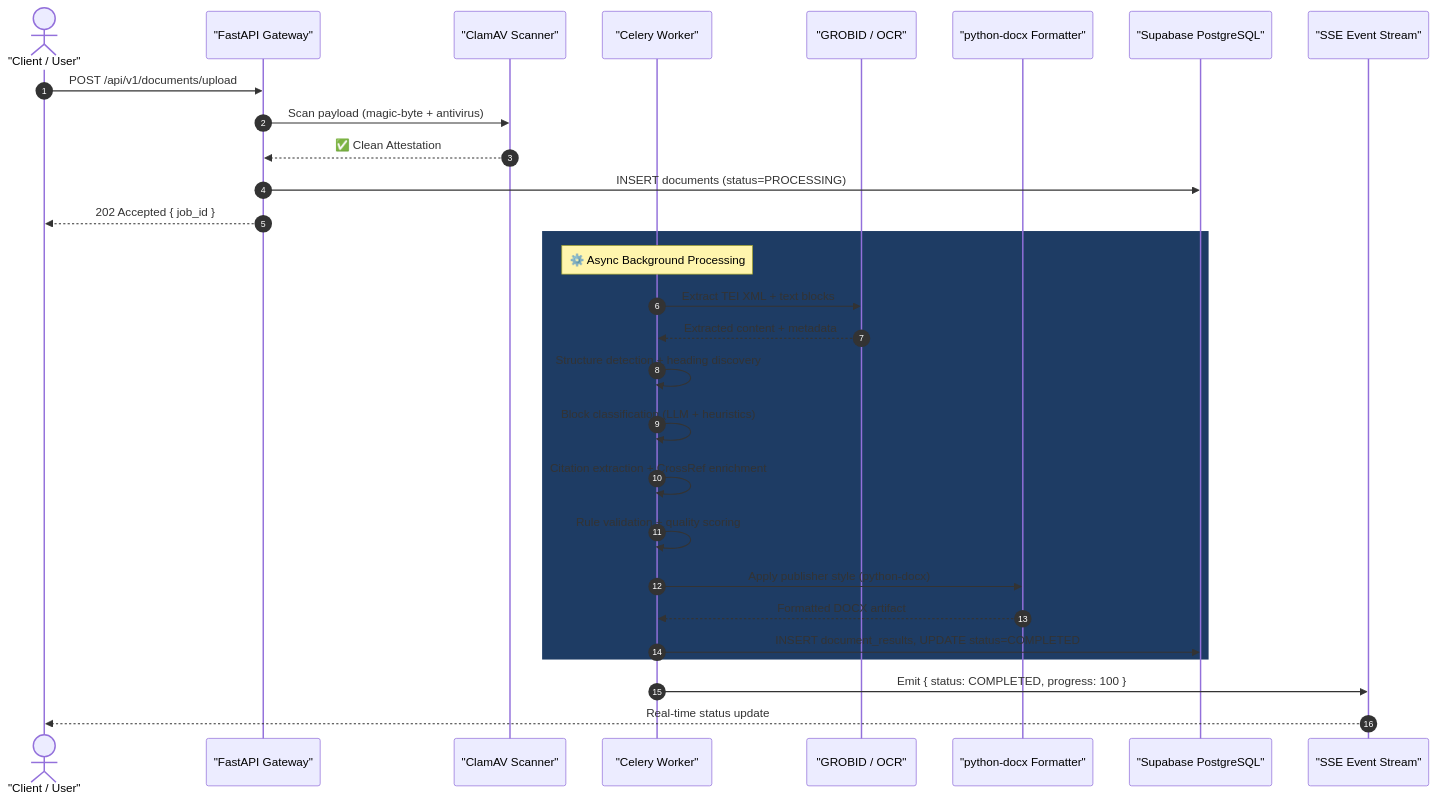
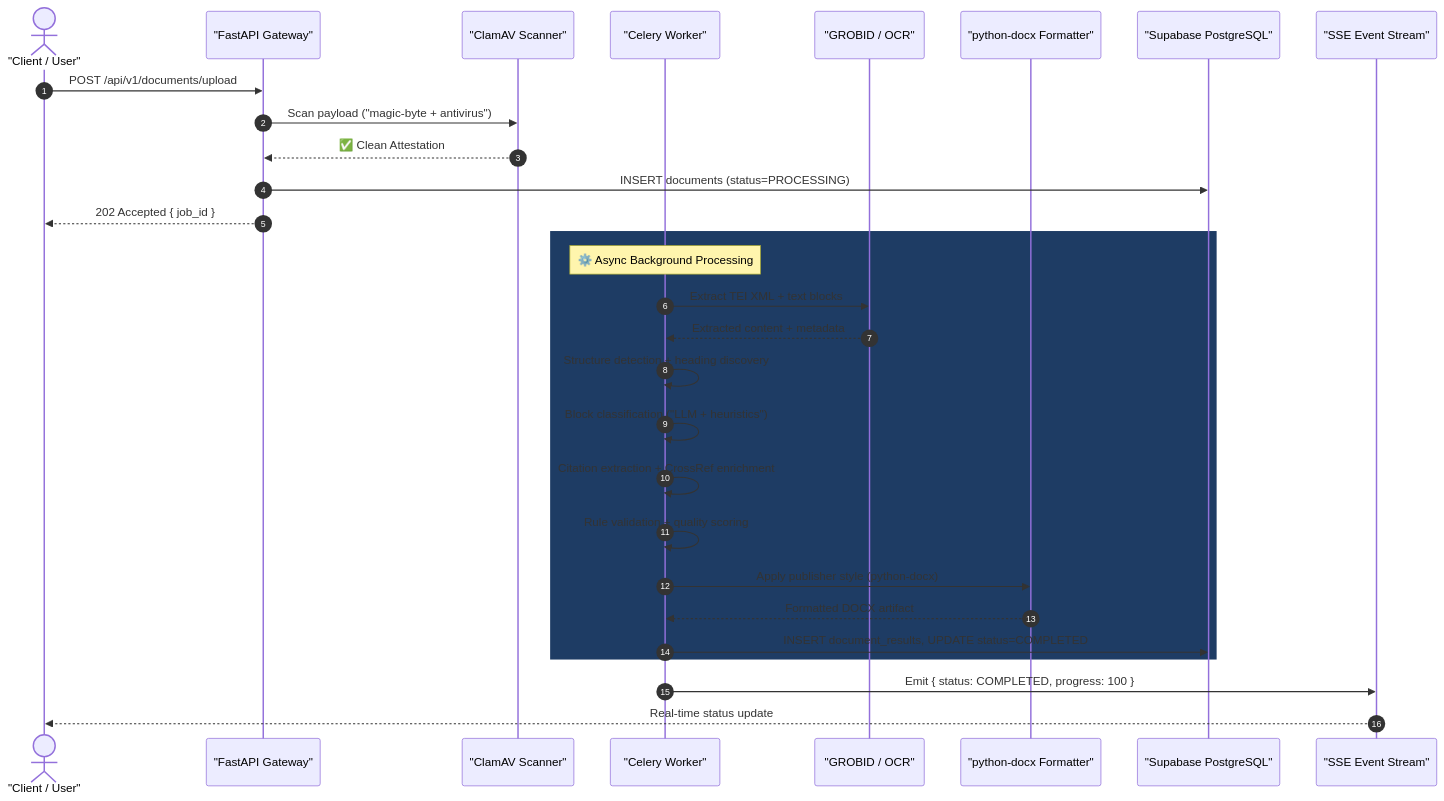
Before and after one commit to rohitkumarnaidu/ScholarFormAI: the third of 4 diagrams in docs/architecture/ARCHITECTURE.md, drawn with Mermaid. The commit also changed other lines of this file and 611 other files, not shown here.

````diff
--- a/docs/architecture/ARCHITECTURE.md
+++ b/docs/architecture/ARCHITECTURE.md
@@ -226,34 +226,34 @@
 ```mermaid
 sequenceDiagram
     autonumber
     actor User as "Client / User"
     participant GW as "FastAPI Gateway"
     participant ClamAV as "ClamAV Scanner"
     participant Celery as "Celery Worker"
     participant GROBID as "GROBID / OCR"
     participant Formatter as "python-docx Formatter"
     participant DB as "Supabase PostgreSQL"
     participant SSE as "SSE Event Stream"
 
     User->>GW: POST /api/v1/documents/upload
-    GW->>ClamAV: Scan payload (magic-byte + antivirus)
+    GW->>ClamAV: Scan payload ("magic-byte + antivirus")
     ClamAV-->>GW: ✅ Clean Attestation
     GW->>DB: INSERT documents (status=PROCESSING)
     GW-->>User: 202 Accepted { job_id }
 
     rect rgb(30, 60, 100)
         note over Celery: ⚙️ Async Background Processing
         Celery->>GROBID: Extract TEI XML + text blocks
         GROBID-->>Celery: Extracted content + metadata
         Celery->>Celery: Structure detection + heading discovery
-        Celery->>Celery: Block classification (LLM + heuristics)
+        Celery->>Celery: Block classification ("LLM + heuristics")
         Celery->>Celery: Citation extraction + CrossRef enrichment
         Celery->>Celery: Rule validation + quality scoring
         Celery->>Formatter: Apply publisher style (python-docx)
         Formatter-->>Celery: Formatted DOCX artifact
         Celery->>DB: INSERT document_results, UPDATE status=COMPLETED
     end
 
     Celery->>SSE: Emit { status: COMPLETED, progress: 100 }
     SSE-->>User: Real-time status update
 ```
````
